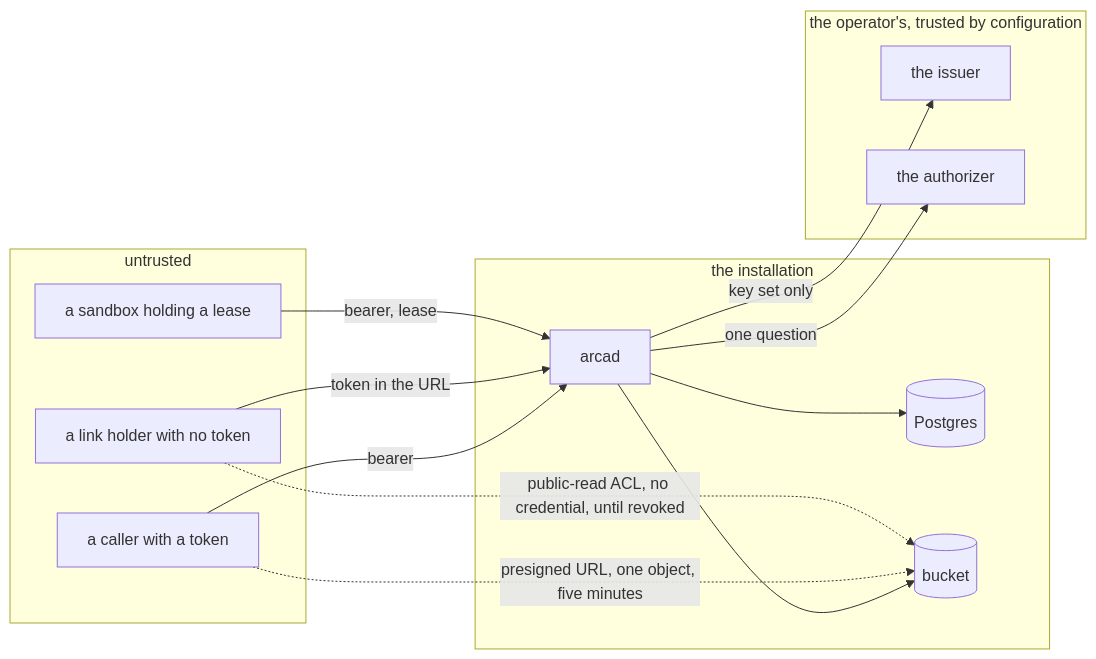
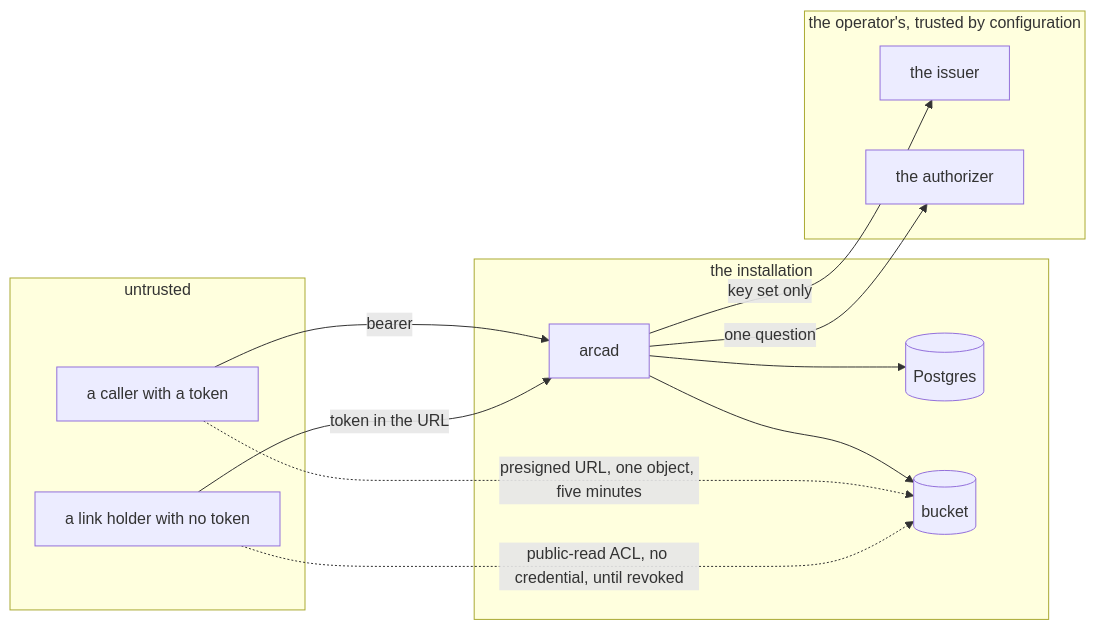
One commit to latere-ai/arca changed the first of 2 diagrams in specs/015-security-and-threat-model.md. Above: the diagram before and after it, drawn with Mermaid. The commit also changed other lines of this file and 4 other files, not shown here.

````diff
--- a/specs/015-security-and-threat-model.md
+++ b/specs/015-security-and-threat-model.md
@@ -85,26 +86,24 @@
 ```mermaid
 flowchart LR
   subgraph untrusted[untrusted]
     C[a caller with a token]
     L[a link holder with no token]
-    S[a sandbox holding a lease]
   end
   subgraph core[the installation]
     A[arcad]
     P[(Postgres)]
     B[(bucket)]
   end
   subgraph operator[the operator's, trusted by configuration]
     I[the issuer]
     Z[the authorizer]
   end
   C -->|bearer| A
   L -->|token in the URL| A
-  S -->|bearer, lease| A
   A --> P
   A --> B
   C -.->|presigned URL, one object, five minutes| B
   L -.->|public-read ACL, no credential, until revoked| B
   A -->|key set only| I
   A -->|one question| Z
 ```
````
